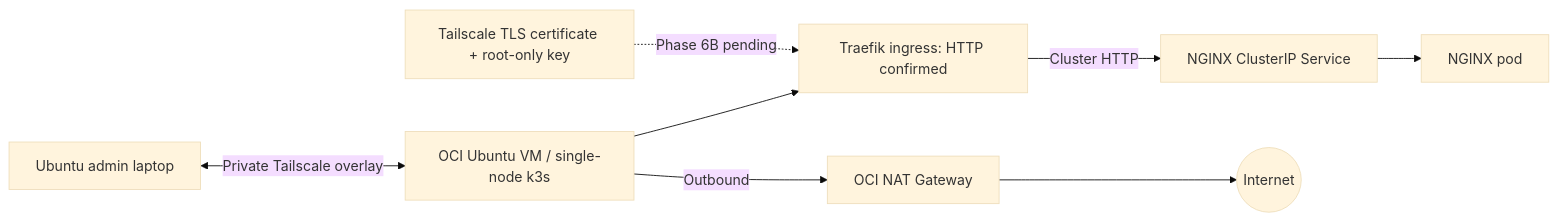
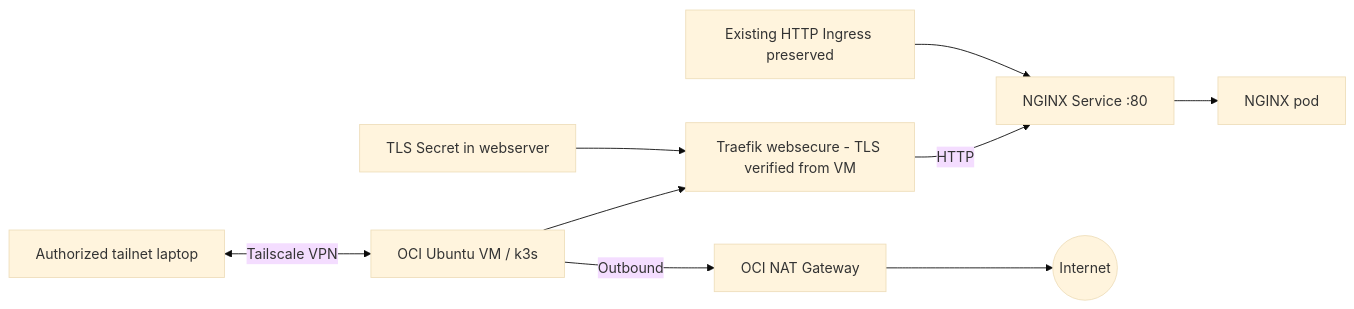
Before and after one commit to S0tallySabl3/kubernetes: the diagram in secure-kubernetes-homelab-oracle-cloud-updated(1)/secure-kubernetes-homelab/README.md, drawn with Mermaid (base theme). The commit also changed other lines of this file and 7 other files, not shown here.

Commit message:
docs: verify Traefik HTTPS (6B) and TLS handshake (6C)

````diff
--- a/secure-kubernetes-homelab-oracle-cloud-updated(1)/secure-kubernetes-homelab/README.md
+++ b/secure-kubernetes-homelab-oracle-cloud-updated(1)/secure-kubernetes-homelab/README.md
@@ -9,10 +9,11 @@
 ```mermaid
 flowchart LR
-  Admin[Ubuntu admin laptop] <-->|Private Tailscale overlay| VM[OCI Ubuntu VM / single-node k3s]
-  VM --> Traefik[Traefik ingress: HTTP confirmed]
-  Traefik -->|Cluster HTTP| Service[NGINX ClusterIP Service]
+  Laptop[Authorized tailnet laptop] <-->|Tailscale VPN| VM[OCI Ubuntu VM / k3s]
+  VM --> Traefik[Traefik websecure - TLS verified from VM]
+  TLS[TLS Secret in webserver] --> Traefik
+  Traefik -->|HTTP| Service[NGINX Service :80]
   Service --> NGINX[NGINX pod]
-  Cert[Tailscale TLS certificate + root-only key] -.->|Phase 6B pending| Traefik
+  HTTP[Existing HTTP Ingress preserved] --> Service
   VM -->|Outbound| NAT[OCI NAT Gateway]
   NAT --> Internet((Internet))
 ```
````
